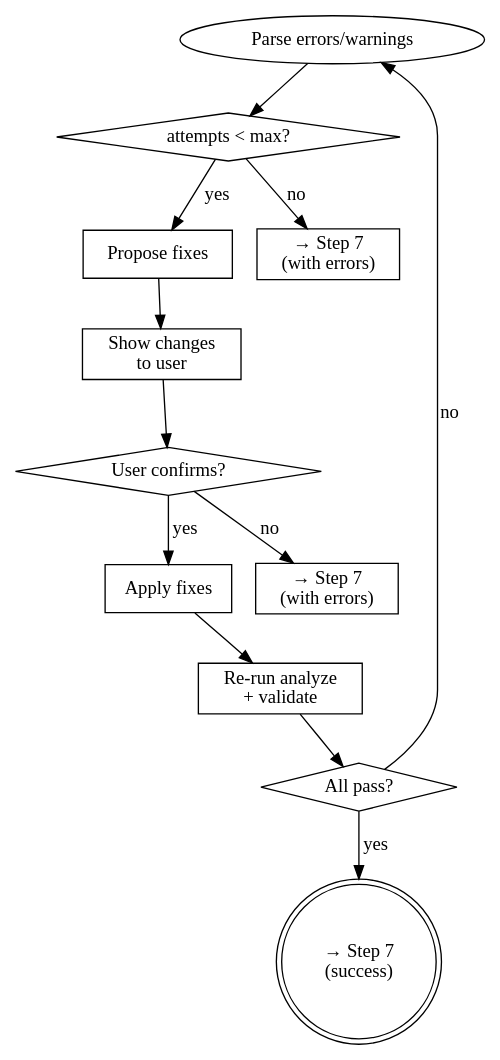
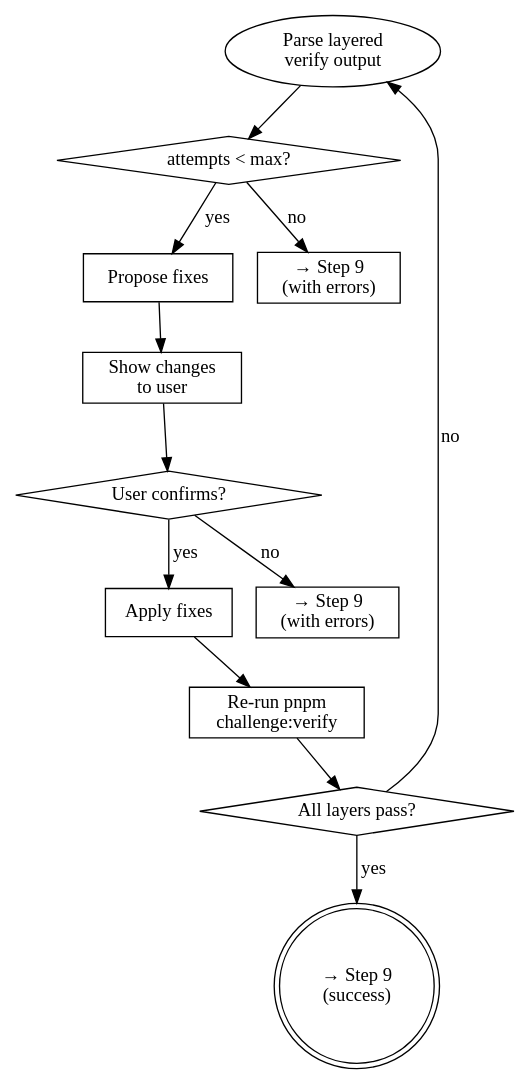
The second of 2 diagrams in .agent/skills/wxl-creator/SKILL.md (BrowserLaboratory/wxl-template), drawn with Graphviz before and after one commit. The commit also changed other lines of this file and 7 other files, not shown here.

````diff
--- a/.agent/skills/wxl-creator/SKILL.md
+++ b/.agent/skills/wxl-creator/SKILL.md
@@ -160,28 +216,28 @@
    ```dot
    digraph fixloop {
        node [shape=box];
-       start [label="Parse errors/warnings", shape=ellipse];
+       start [label="Parse layered\nverify output", shape=ellipse];
        check_limit [label="attempts < max?", shape=diamond];
        fix [label="Propose fixes"];
        show_diff [label="Show changes\nto user"];
        confirm [label="User confirms?", shape=diamond];
        apply [label="Apply fixes"];
-       revalidate [label="Re-run analyze\n+ validate"];
-       pass [label="All pass?", shape=diamond];
-       done [label="→ Step 7\n(success)", shape=doublecircle];
-       stop_limit [label="→ Step 7\n(with errors)"];
-       stop_reject [label="→ Step 7\n(with errors)"];
+       revalidate [label="Re-run pnpm\nchallenge:verify"];
+       pass [label="All layers pass?", shape=diamond];
+       done [label="→ Step 9\n(success)", shape=doublecircle];
+       stop_limit [label="→ Step 9\n(with errors)"];
+       stop_reject [label="→ Step 9\n(with errors)"];
 
        start -> check_limit;
        check_limit -> fix [label="yes"];
        check_limit -> stop_limit [label="no"];
        fix -> show_diff;
        show_diff -> confirm;
        confirm -> apply [label="yes"];
        confirm -> stop_reject [label="no"];
        apply -> revalidate;
        revalidate -> pass;
        pass -> done [label="yes"];
        pass -> start [label="no"];
    }
    ```
````
